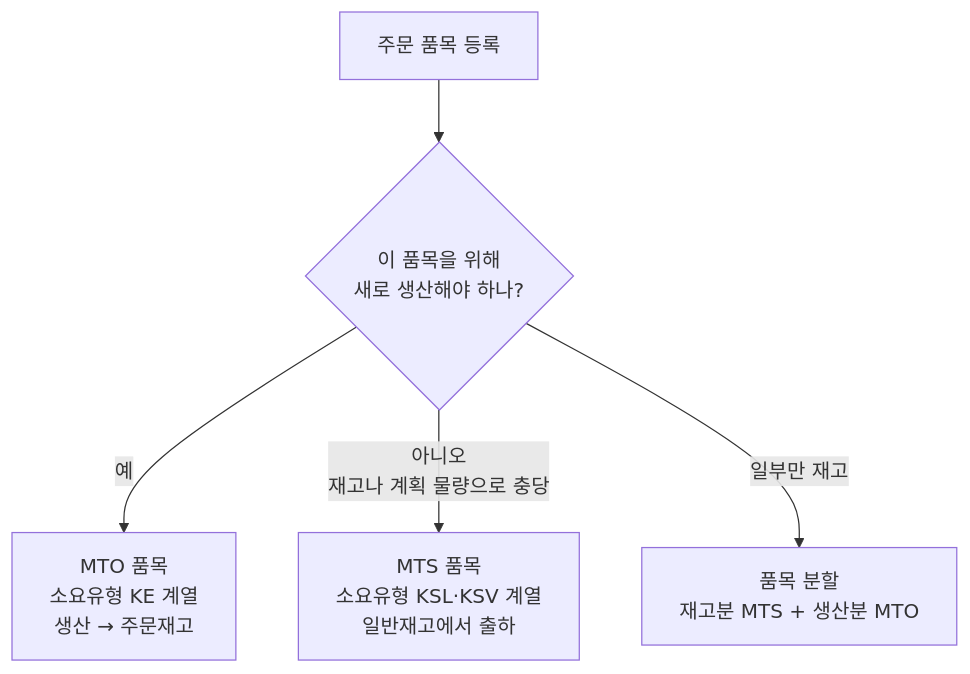
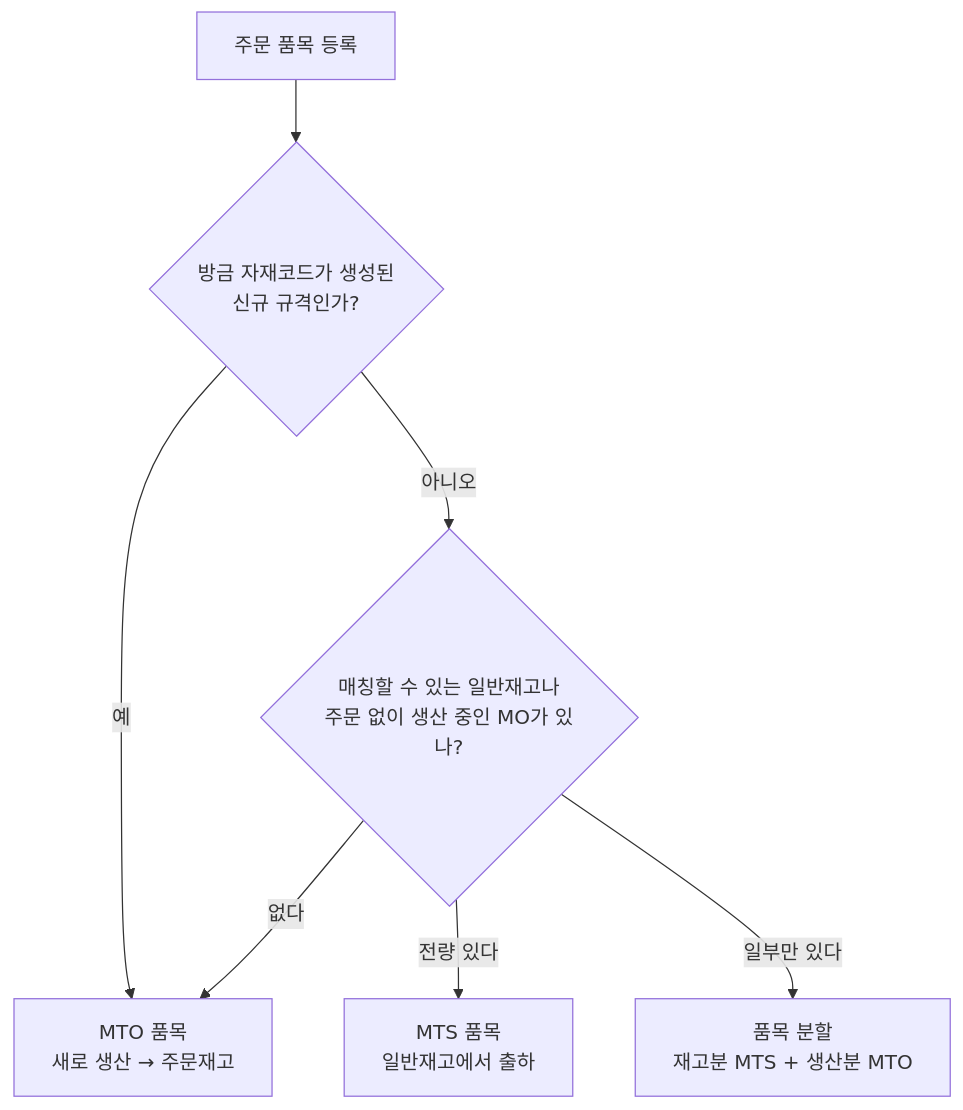
One commit to donseok/mes-to-be-doc changed the fourth of 11 diagrams in docs/mto-mts-hybrid-analysis.md. Above: the diagram before and after it, drawn with Mermaid. The commit also changed other lines of this file and 6 other files, not shown here.

First line of the commit message:
Expand MTO/MTS analysis with detail documents and process simulation

````diff
--- a/docs/mto-mts-hybrid-analysis.md
+++ b/docs/mto-mts-hybrid-analysis.md
@@ -151,7 +183,9 @@
 ```mermaid
 flowchart TD
-  S["주문 품목 등록"] --> Q1{"이 품목을 위해<br/>새로 생산해야 하나?"}
-  Q1 -->|"예"| MTO["MTO 품목<br/>소요유형 KE 계열<br/>생산 → 주문재고"]
-  Q1 -->|"아니오<br/>재고나 계획 물량으로 충당"| MTS["MTS 품목<br/>소요유형 KSL·KSV 계열<br/>일반재고에서 출하"]
-  Q1 -->|"일부만 재고"| SPLIT["품목 분할<br/>재고분 MTS + 생산분 MTO"]
+  S["주문 품목 등록"] --> Q1{"방금 자재코드가 생성된<br/>신규 규격인가?"}
+  Q1 -->|"예"| MTO["MTO 품목<br/>새로 생산 → 주문재고"]
+  Q1 -->|"아니오"| Q2{"매칭할 수 있는 일반재고나<br/>주문 없이 생산 중인 MO가 있나?"}
+  Q2 -->|"전량 있다"| MTS["MTS 품목<br/>일반재고에서 출하"]
+  Q2 -->|"일부만 있다"| SPLIT["품목 분할<br/>재고분 MTS + 생산분 MTO"]
+  Q2 -->|"없다"| MTO
 ```
````
